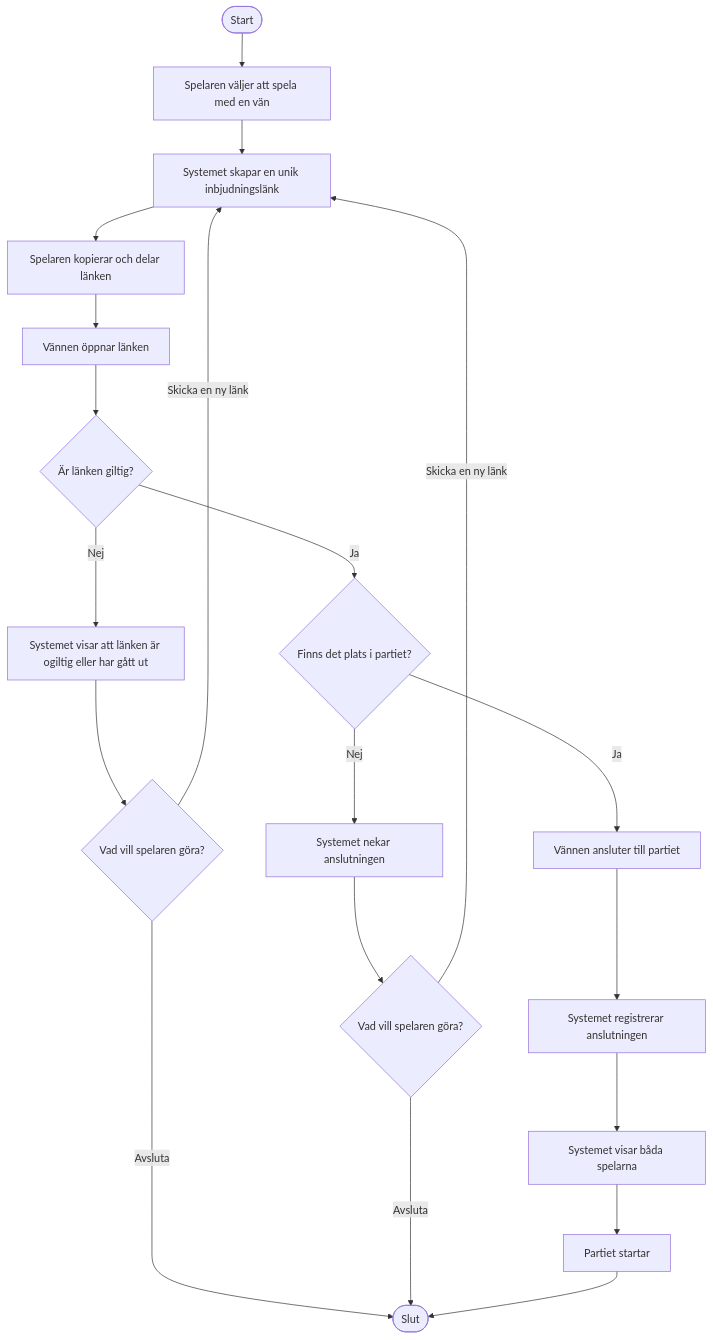
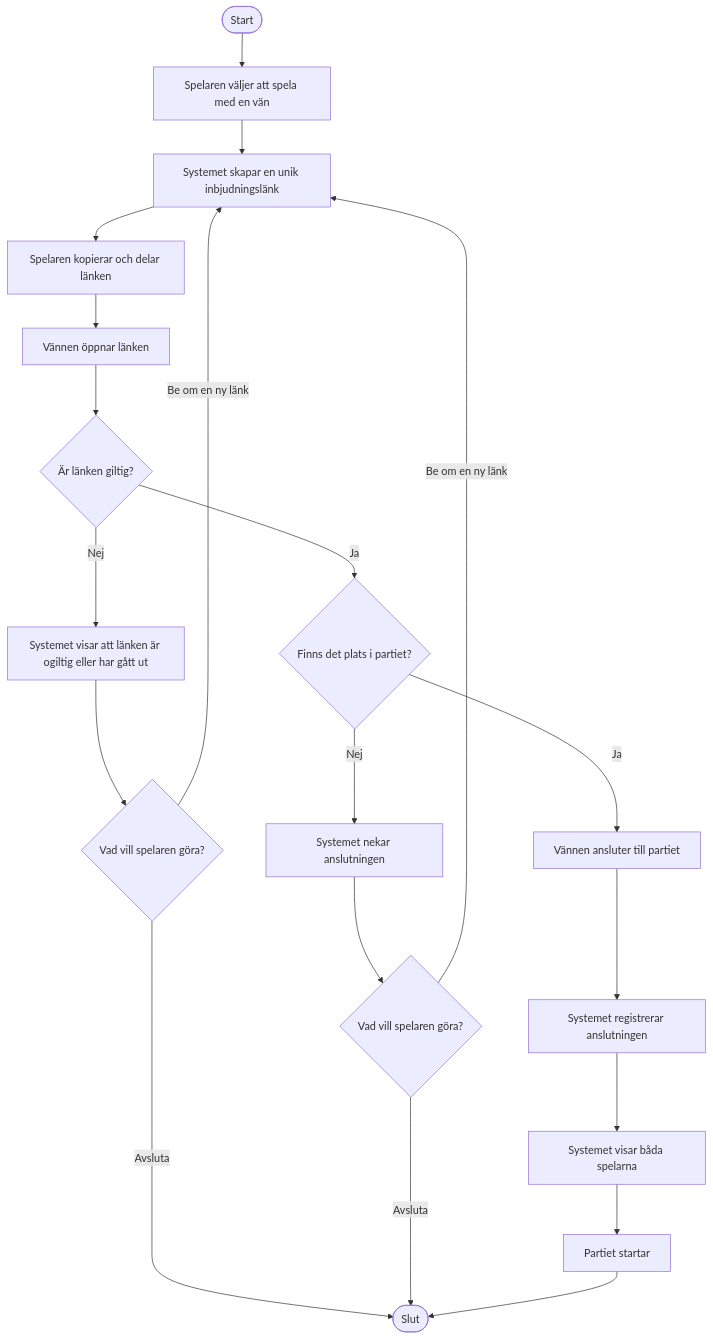
Before and after one commit to SebTns/Gomoku: the diagram in docs/diagrams/uml/Bjuda_in_en_van.md, drawn with Mermaid.

Commit message:
Update link request wording in UML diagram

````diff
--- a/docs/diagrams/uml/Bjuda_in_en_van.md
+++ b/docs/diagrams/uml/Bjuda_in_en_van.md
@@ -3,36 +3,36 @@
 ```mermaid
 flowchart TD
 
     A([Start]) --> B[Spelaren väljer att spela med en vän]
 
     B --> C[Systemet skapar en unik inbjudningslänk]
     C --> D[Spelaren kopierar och delar länken]
     D --> E[Vännen öppnar länken]
 
     E --> F{Är länken giltig?}
 
     %% Ogiltig eller utgången länk
     F -- Nej --> G[Systemet visar att länken är ogiltig eller har gått ut]
     G --> H{Vad vill spelaren göra?}
 
     H -- Avsluta --> Z([Slut])
-    H -- Skicka en ny länk --> C
+    H -- Be om en ny länk --> C
 
     %% Giltig länk
     F -- Ja --> I{Finns det plats i partiet?}
 
     %% Partiet är fullt
     I -- Nej --> J[Systemet nekar anslutningen]
     J --> K{Vad vill spelaren göra?}
 
     K -- Avsluta --> Z
-    K -- Skicka en ny länk --> C
+    K --  Be om en ny länk --> C
 
     %% Vännen kan ansluta
     I -- Ja --> L[Vännen ansluter till partiet]
     L --> M[Systemet registrerar anslutningen]
     M --> N[Systemet visar båda spelarna]
     N --> O[Partiet startar]
 
     O --> Z
 ```
````
